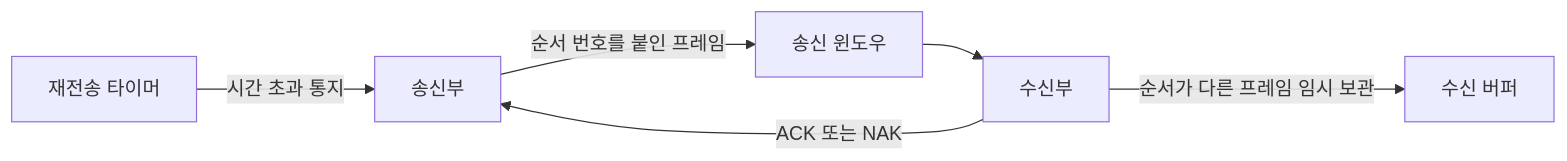
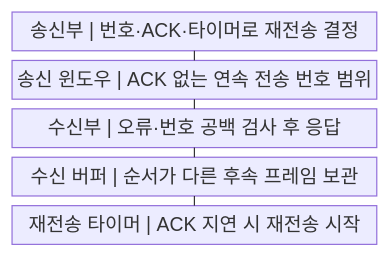
The first of 2 diagrams in src/content/docs/notes/04-network/027_arq_error_control.md (agnusdei1207/knowledge-base), drawn with Mermaid before and after one commit. The commit also changed other lines of this file and 20 other files, not shown here.

````diff
--- a/src/content/docs/notes/04-network/027_arq_error_control.md
+++ b/src/content/docs/notes/04-network/027_arq_error_control.md
@@ -56,8 +57,13 @@
 ```mermaid
-flowchart LR
-    S["송신부"] -->|"순서 번호를 붙인 프레임"| W["송신 윈도우"]
-    W --> R["수신부"]
-    R -->|"순서가 다른 프레임 임시 보관"| B["수신 버퍼"]
-    R -->|"ACK 또는 NAK"| S
-    T["재전송 타이머"] -->|"시간 초과 통지"| S
+block
+    columns 1
+    A["송신부 | 번호·ACK·타이머로 재전송 결정"]
+    B["송신 윈도우 | ACK 없는 연속 전송 번호 범위"]
+    C["수신부 | 오류·번호 공백 검사 후 응답"]
+    D["수신 버퍼 | 순서가 다른 후속 프레임 보관"]
+    E["재전송 타이머 | ACK 지연 시 재전송 시작"]
+    A --- B
+    B --- C
+    C --- D
+    D --- E
 ```
````
